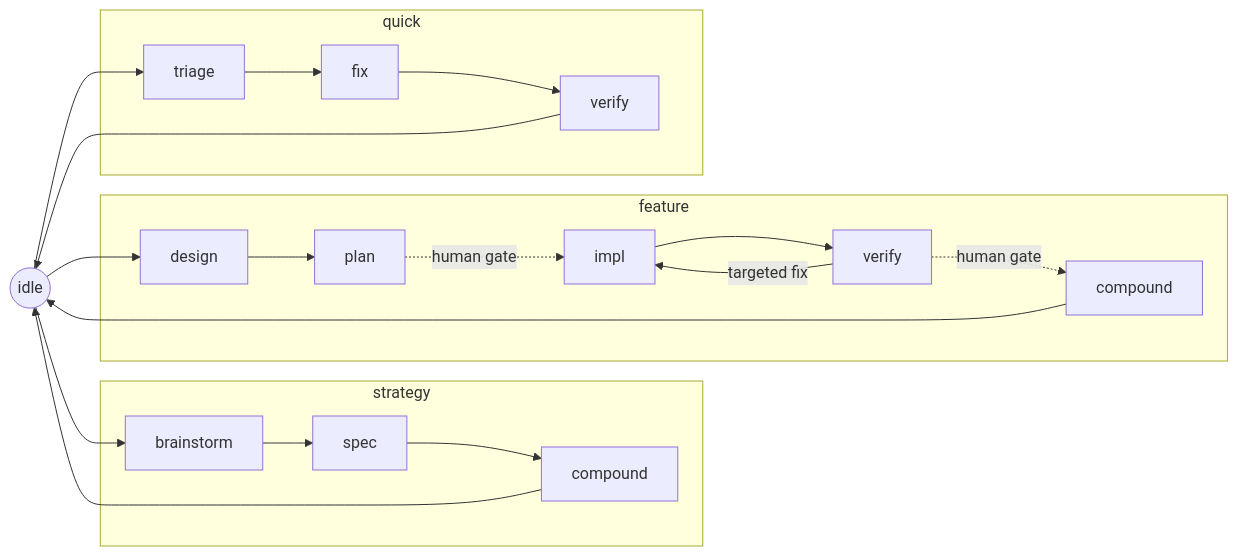
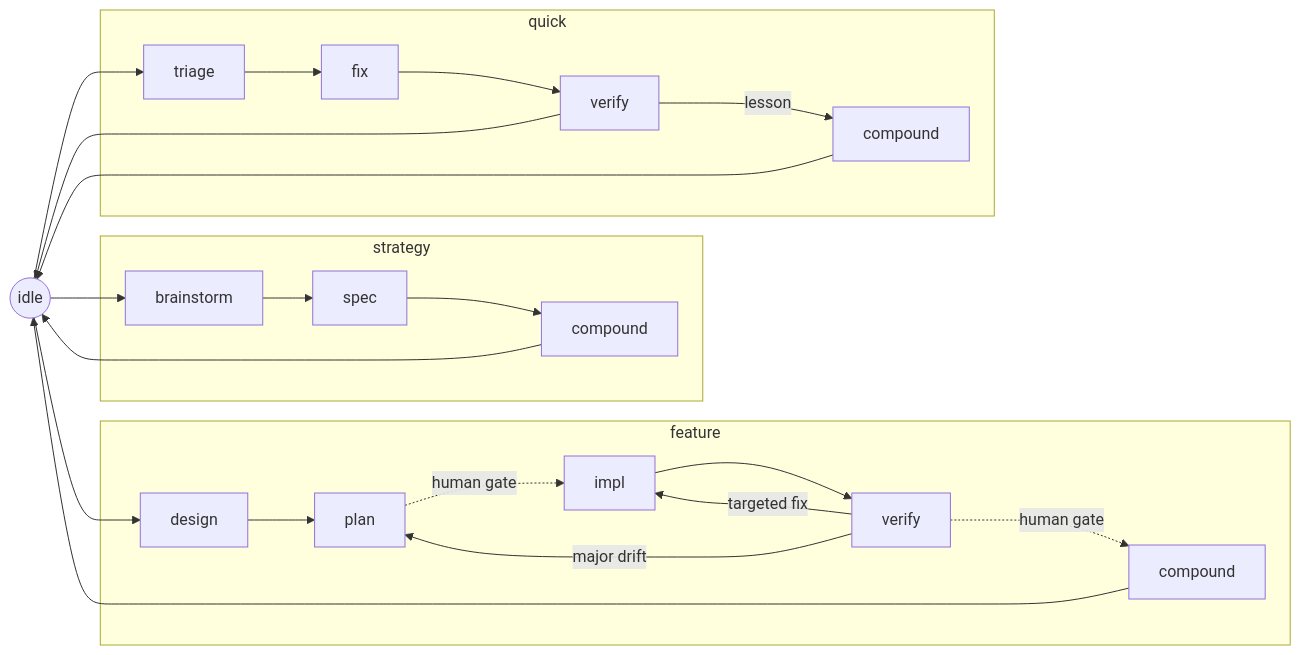
One commit to LennardZuendorf/vibe changed the diagram in README.md. Above: the diagram before and after it, drawn with Mermaid. The commit also changed other lines of this file and 23 other files, not shown here.

First line of the commit message:
docs(spec): compound flow-mvp, sweep stale claims

````diff
--- a/README.md
+++ b/README.md
@@ -119,20 +118,23 @@
 ```mermaid
 flowchart LR
     I((idle)) --> SB
     subgraph strategy
         SB[brainstorm] --> SS[spec] --> SC[compound]
     end
     subgraph feature
         D[design] --> P[plan] -. human gate .-> IM[impl] --> V[verify]
         V -. human gate .-> C[compound]
         V -->|targeted fix| IM
+        V -->|major drift| P
     end
     subgraph quick
         T[triage] --> F[fix] --> QV[verify]
+        QV -->|lesson| QC[compound]
     end
     I --> D
     I --> T
     SC --> I
     C --> I
     QV --> I
+    QC --> I
 ```
````
